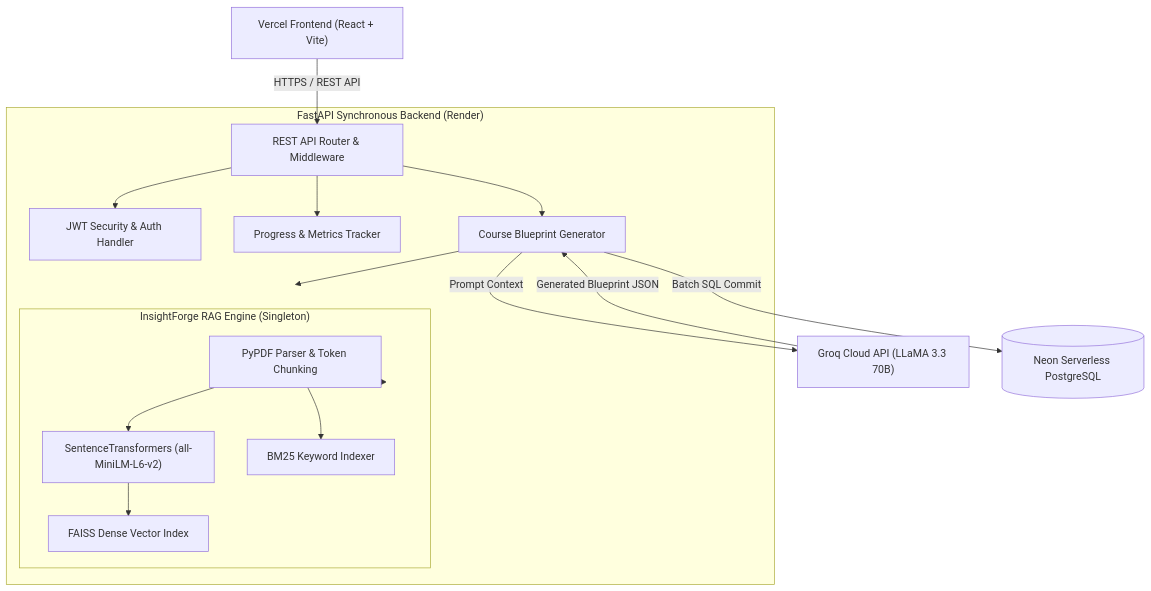
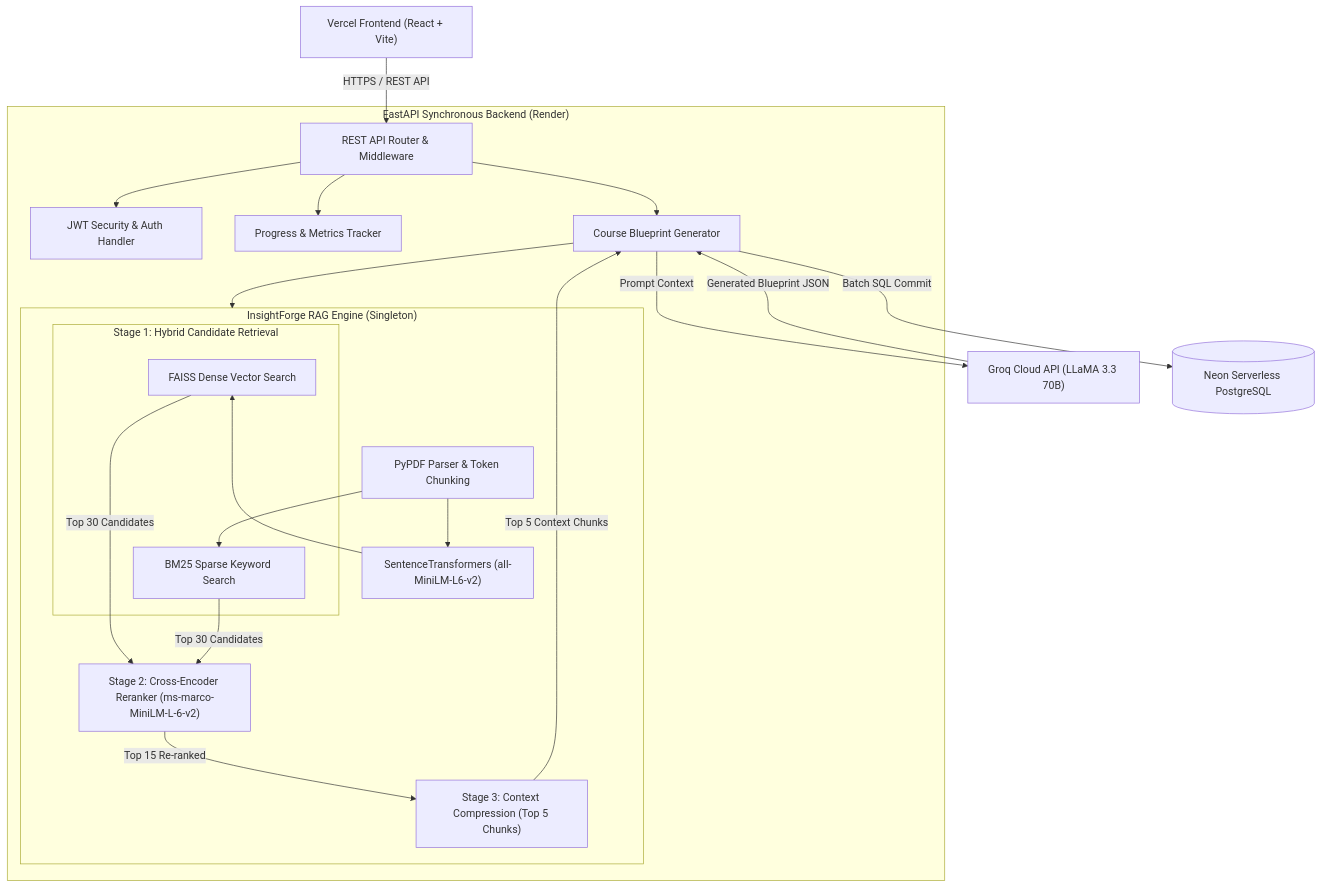
One commit to varshith-yakkala/CourseForge-AI changed the diagram in README.md. Above: the diagram before and after it, drawn with Mermaid. The commit also changed other lines of this file, not shown here.

Commit message:
docs: update README with Cross-Encoder re-ranking architecture and workflow

````diff
--- a/README.md
+++ b/README.md
@@ -35,35 +35,45 @@
 ```mermaid
 flowchart TD
     Client["Vercel Frontend (React + Vite)"]
     
     subgraph FastAPI ["FastAPI Synchronous Backend (Render)"]
         API["REST API Router & Middleware"]
         Auth["JWT Security & Auth Handler"]
         Progress["Progress & Metrics Tracker"]
         
         subgraph Engine ["InsightForge RAG Engine (Singleton)"]
             Extract["PyPDF Parser & Token Chunking"]
             Embed["SentenceTransformers (all-MiniLM-L6-v2)"]
-            FAISS["FAISS Dense Vector Index"]
-            BM25["BM25 Keyword Indexer"]
+            
+            subgraph Retrieval ["Stage 1: Hybrid Candidate Retrieval"]
+                FAISS["FAISS Dense Vector Search"]
+                BM25["BM25 Sparse Keyword Search"]
+            end
+            
+            Rerank["Stage 2: Cross-Encoder Reranker (ms-marco-MiniLM-L-6-v2)"]
+            Compress["Stage 3: Context Compression (Top 5 Chunks)"]
         end
         
         Generator["Course Blueprint Generator"]
     end
     
     Groq["Groq Cloud API (LLaMA 3.3 70B)"]
     DB[("Neon Serverless PostgreSQL")]
 
     Client -->|HTTPS / REST API| API
     API --> Auth
     API --> Progress
     API --> Generator
     Generator --> Engine
     Engine --> Extract
     Extract --> Embed
     Embed --> FAISS
     Extract --> BM25
+    FAISS -->|Top 30 Candidates| Rerank
+    BM25 -->|Top 30 Candidates| Rerank
+    Rerank -->|Top 15 Re-ranked| Compress
+    Compress -->|Top 5 Context Chunks| Generator
     Generator -->|Prompt Context| Groq
     Groq -->|Generated Blueprint JSON| Generator
     Generator -->|Batch SQL Commit| DB
 ```
````
